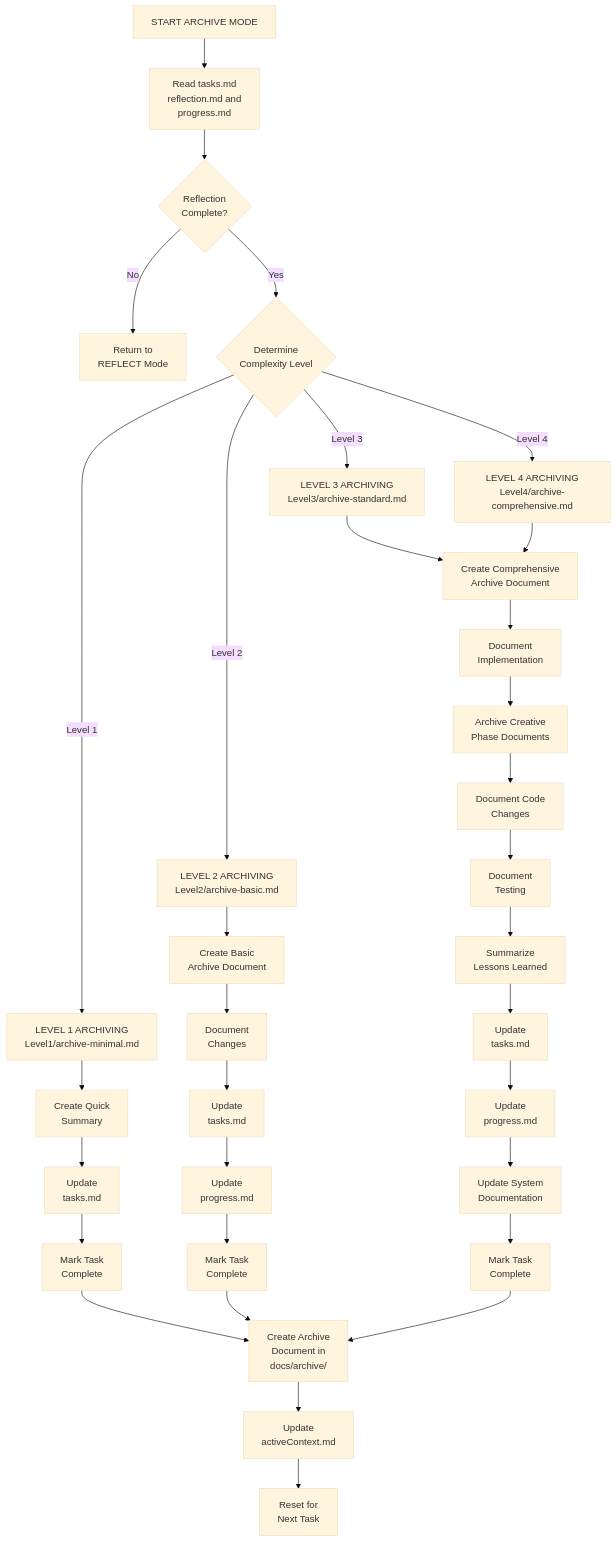
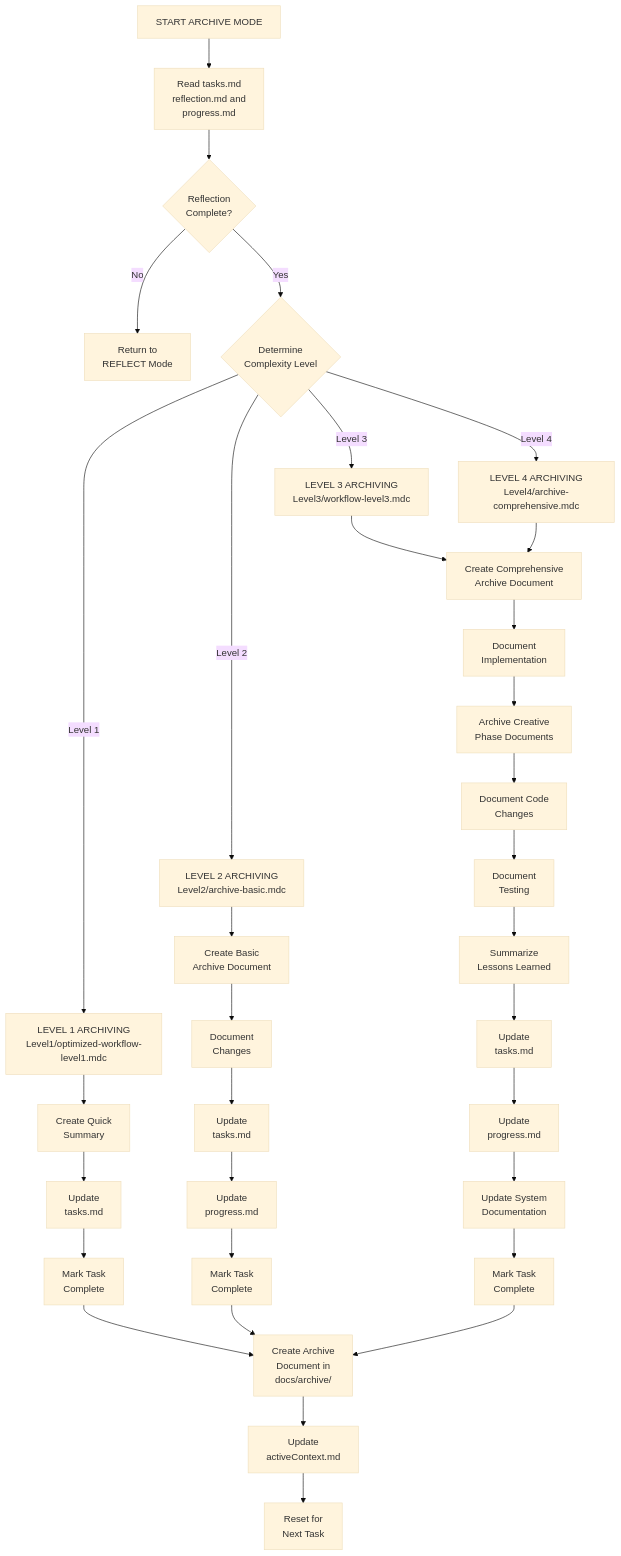
Before and after one commit to vedmalex/b-plus-tree: the first of 5 diagrams in .cursor/rules/isolation_rules/visual-maps/archive-mode-map.mdc, drawn with Mermaid (base theme). The commit also changed other lines of this file and 53 other files, not shown here.

````diff
--- a/.cursor/rules/isolation_rules/visual-maps/archive-mode-map.mdc
+++ b/.cursor/rules/isolation_rules/visual-maps/archive-mode-map.mdc
@@ -13,44 +12,44 @@
 ```mermaid
 graph TD
     Start["START ARCHIVE MODE"] --> ReadTasks["Read tasks.md<br>reflection.md and<br>progress.md"]
-    
+
     %% Initial Assessment
     ReadTasks --> VerifyReflect{"Reflection<br>Complete?"}
     VerifyReflect -->|"No"| ReturnReflect["Return to<br>REFLECT Mode"]
     VerifyReflect -->|"Yes"| AssessLevel{"Determine<br>Complexity Level"}
-    
+
     %% Level-Based Archiving
-    AssessLevel -->|"Level 1"| L1Archive["LEVEL 1 ARCHIVING<br>Level1/archive-minimal.md"]
-    AssessLevel -->|"Level 2"| L2Archive["LEVEL 2 ARCHIVING<br>Level2/archive-basic.md"]
-    AssessLevel -->|"Level 3"| L3Archive["LEVEL 3 ARCHIVING<br>Level3/archive-standard.md"]
-    AssessLevel -->|"Level 4"| L4Archive["LEVEL 4 ARCHIVING<br>Level4/archive-comprehensive.md"]
-    
+    AssessLevel -->|"Level 1"| L1Archive["LEVEL 1 ARCHIVING<br>Level1/optimized-workflow-level1.mdc"]
+    AssessLevel -->|"Level 2"| L2Archive["LEVEL 2 ARCHIVING<br>Level2/archive-basic.mdc"]
+    AssessLevel -->|"Level 3"| L3Archive["LEVEL 3 ARCHIVING<br>Level3/workflow-level3.mdc"]
+    AssessLevel -->|"Level 4"| L4Archive["LEVEL 4 ARCHIVING<br>Level4/archive-comprehensive.mdc"]
+
     %% Level 1 Archiving (Minimal)
     L1Archive --> L1Summary["Create Quick<br>Summary"]
     L1Summary --> L1Task["Update<br>tasks.md"]
     L1Task --> L1Complete["Mark Task<br>Complete"]
-    
+
     %% Level 2 Archiving (Basic)
     L2Archive --> L2Summary["Create Basic<br>Archive Document"]
     L2Summary --> L2Doc["Document<br>Changes"]
     L2Doc --> L2Task["Update<br>tasks.md"]
     L2Task --> L2Progress["Update<br>progress.md"]
     L2Progress --> L2Complete["Mark Task<br>Complete"]
-    
+
     %% Level 3-4 Archiving (Comprehensive)
     L3Archive & L4Archive --> L34Summary["Create Comprehensive<br>Archive Document"]
     L34Summary --> L34Doc["Document<br>Implementation"]
     L34Doc --> L34Creative["Archive Creative<br>Phase Documents"]
     L34Creative --> L34Code["Document Code<br>Changes"]
     L34Code --> L34Test["Document<br>Testing"]
     L34Test --> L34Lessons["Summarize<br>Lessons Learned"]
     L34Lessons --> L34Task["Update<br>tasks.md"]
     L34Task --> L34Progress["Update<br>progress.md"]
     L34Progress --> L34System["Update System<br>Documentation"]
     L34System --> L34Complete["Mark Task<br>Complete"]
-    
+
     %% Completion
     L1Complete & L2Complete & L34Complete --> CreateArchive["Create Archive<br>Document in<br>docs/archive/"]
     CreateArchive --> UpdateActive["Update<br>activeContext.md"]
     UpdateActive --> Reset["Reset for<br>Next Task"]
 ```
````
